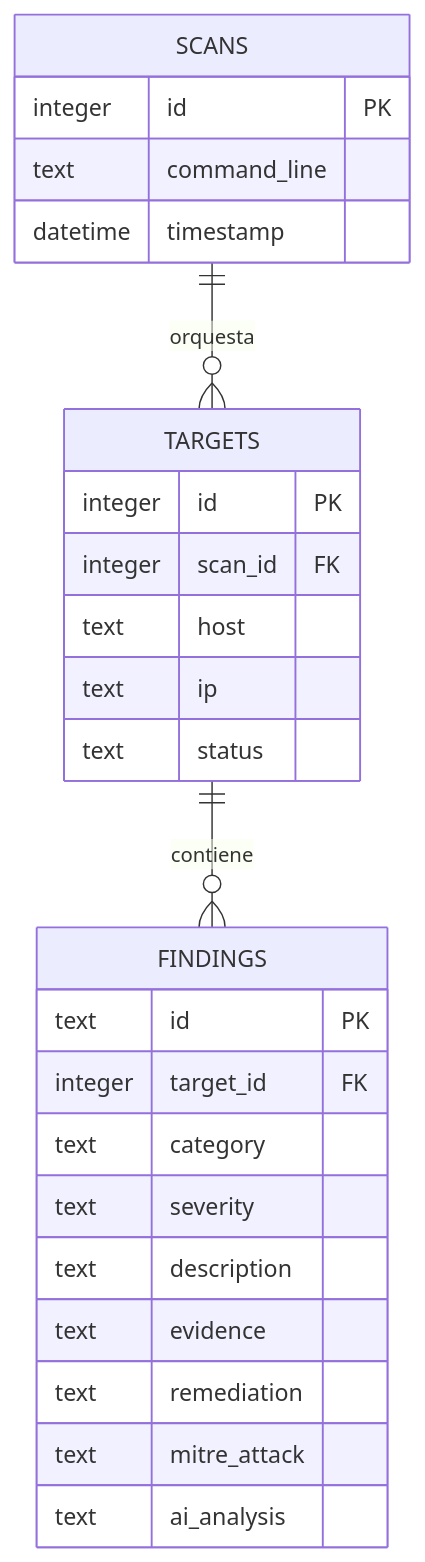
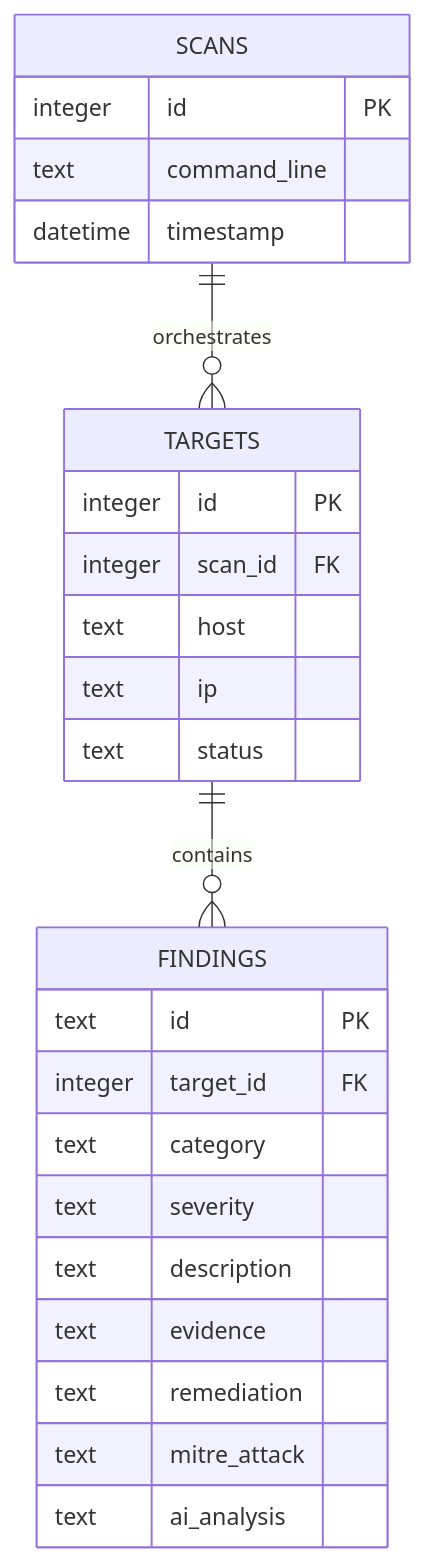
One commit to kripiman/OsintUltimate changed the first of 2 diagrams in redteam_rust_core/docs/PERSISTENCE_SCHEMA.md. Above: the diagram before and after it, drawn with Mermaid. The commit also changed other lines of this file and 25 other files, not shown here.

````diff
--- a/redteam_rust_core/docs/PERSISTENCE_SCHEMA.md
+++ b/redteam_rust_core/docs/PERSISTENCE_SCHEMA.md
@@ -13,31 +13,31 @@
 ```mermaid
 erDiagram
-    SCANS ||--o{ TARGETS : "orquesta"
-    TARGETS ||--o{ FINDINGS : "contiene"
+    SCANS ||--o{ TARGETS : "orchestrates"
+    TARGETS ||--o{ FINDINGS : "contains"
 
     SCANS {
         integer id PK
         text command_line
         datetime timestamp
     }
 
     TARGETS {
         integer id PK
         integer scan_id FK
         text host
         text ip
         text status
     }
 
     FINDINGS {
         text id PK
         integer target_id FK
         text category
         text severity
         text description
         text evidence
         text remediation
         text mitre_attack
         text ai_analysis
     }
 ```
````
